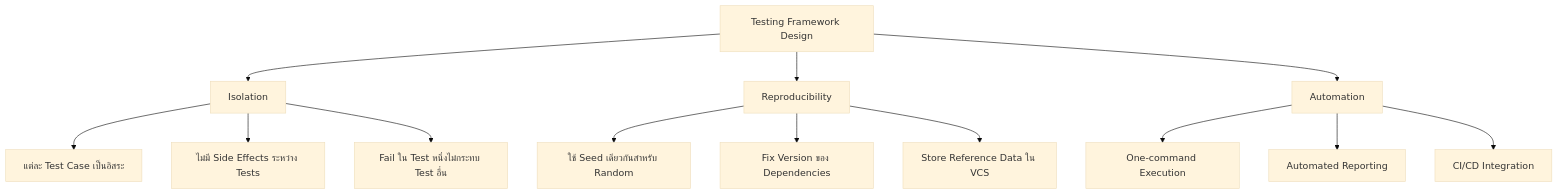
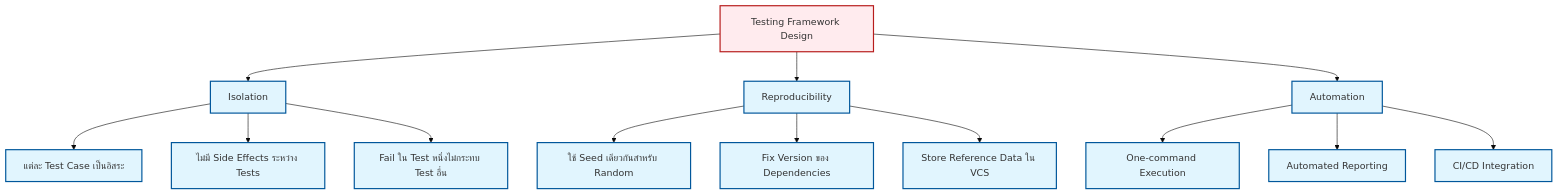
The diagram in MODULE_08_TESTING_VALIDATION/CONTENT/02_TEST_FRAMEWORK_CODING/00_Overview.md (wramet/build-my-cfd), drawn with Mermaid (base theme) before and after one commit. The commit also changed 313 other files, not shown here.

Commit message:
Revise all diagram

````diff
--- a/MODULE_08_TESTING_VALIDATION/CONTENT/02_TEST_FRAMEWORK_CODING/00_Overview.md
+++ b/MODULE_08_TESTING_VALIDATION/CONTENT/02_TEST_FRAMEWORK_CODING/00_Overview.md
@@ -60,18 +60,20 @@
 ```mermaid
-graph TD
-    A[Testing Framework Design] --> B[Isolation]
-    A --> C[Reproducibility]
-    A --> D[Automation]
+flowchart TD
+classDef implicit fill:#e1f5fe,stroke:#01579b,stroke-width:2px
+classDef explicit fill:#ffebee,stroke:#b71c1c,stroke-width:2px
+A[Testing Framework Design]:::explicit --> B[Isolation]:::implicit
+A --> C[Reproducibility]:::implicit
+A --> D[Automation]:::implicit
 
-    B --> B1[แต่ละ Test Case เป็นอิสระ]
-    B --> B2[ไม่มี Side Effects ระหว่าง Tests]
-    B --> B3[Fail ใน Test หนึ่งไม่กระทบ Test อื่น]
+B --> B1[แต่ละ Test Case เป็นอิสระ]:::implicit
+B --> B2[ไม่มี Side Effects ระหว่าง Tests]:::implicit
+B --> B3[Fail ใน Test หนึ่งไม่กระทบ Test อื่น]:::implicit
 
-    C --> C1[ใช้ Seed เดียวกันสำหรับ Random]
-    C --> C2[Fix Version ของ Dependencies]
-    C --> C3[Store Reference Data ใน VCS]
+C --> C1[ใช้ Seed เดียวกันสำหรับ Random]:::implicit
+C --> C2[Fix Version ของ Dependencies]:::implicit
+C --> C3[Store Reference Data ใน VCS]:::implicit
 
-    D --> D1[One-command Execution]
-    D --> D2[Automated Reporting]
-    D --> D3[CI/CD Integration]
+D --> D1[One-command Execution]:::implicit
+D --> D2[Automated Reporting]:::implicit
+D --> D3[CI/CD Integration]:::implicit
 ```
````
